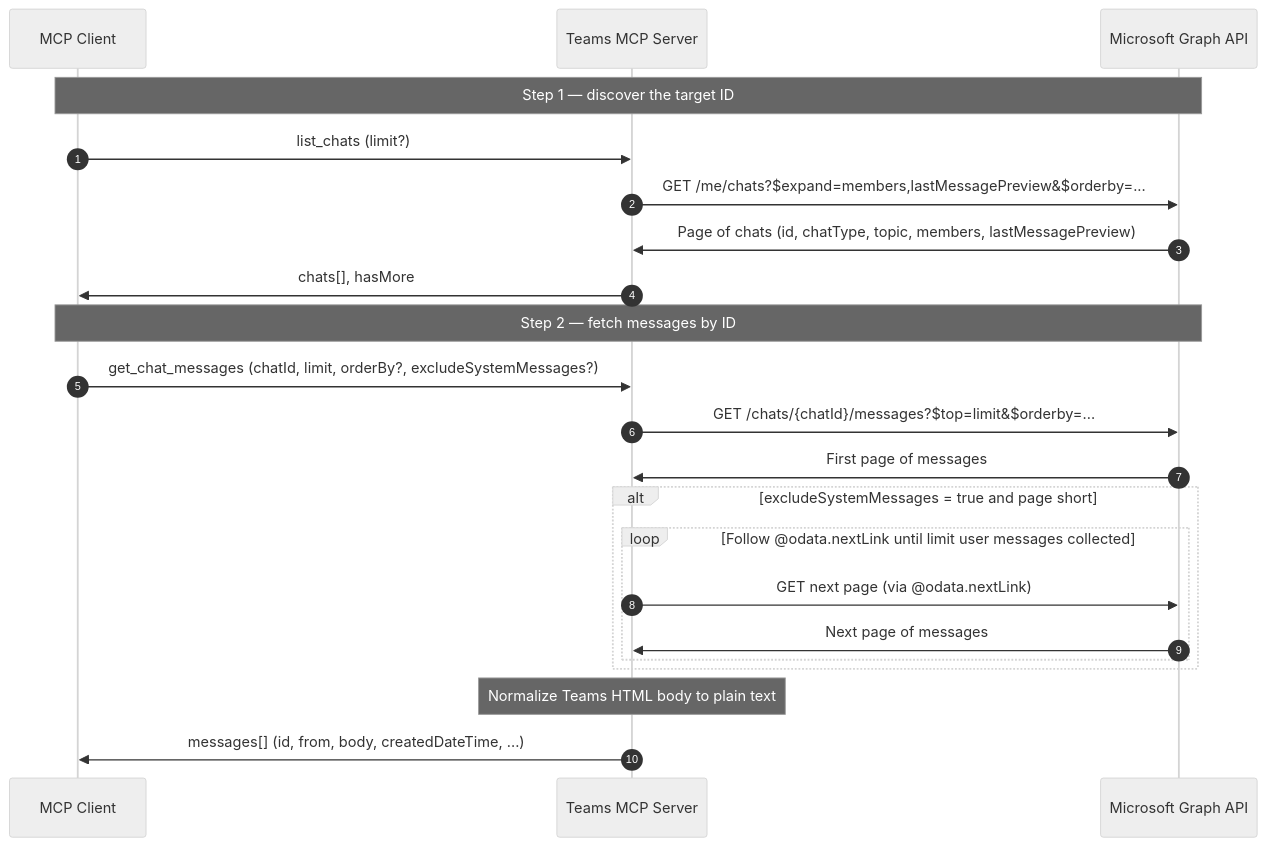
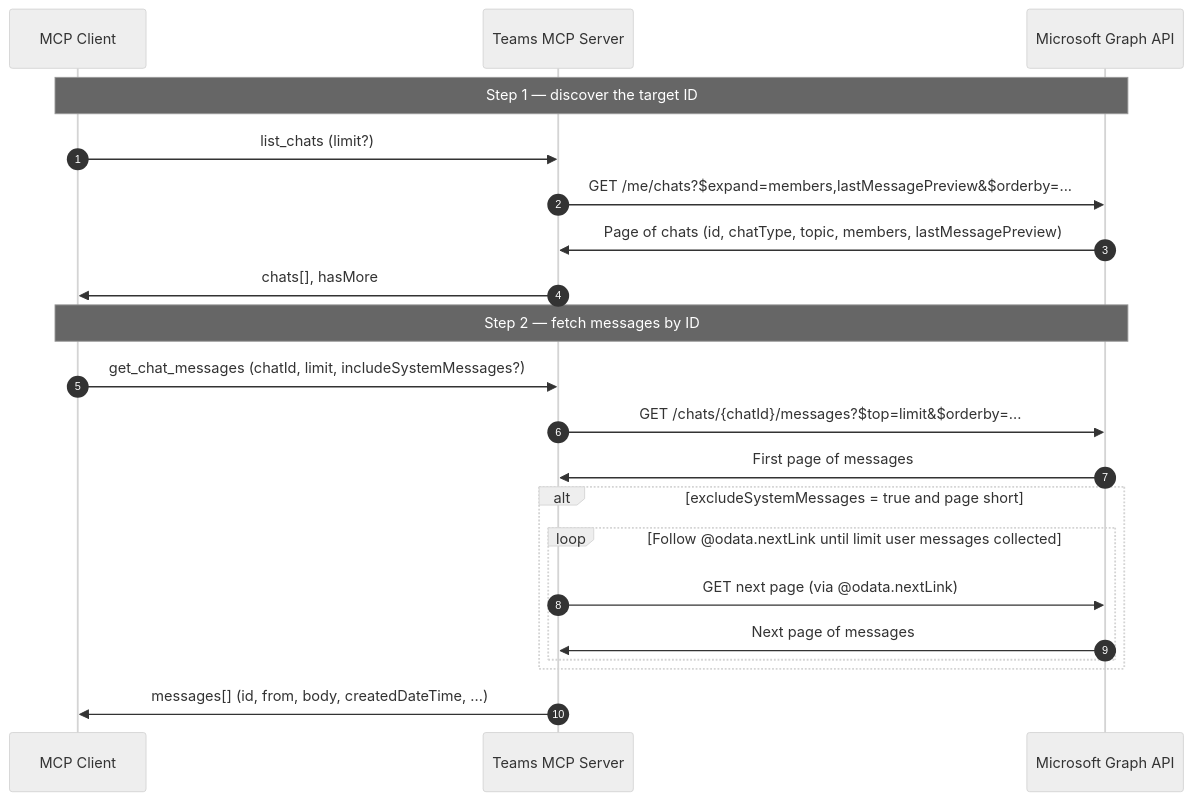
One commit to Unique-AG/connectors changed the fifth of 7 diagrams in services/teams-mcp/docs/technical/flows.md. Above: the diagram before and after it, drawn with Mermaid. The commit also changed other lines of this file and 22 other files, not shown here.

First line of the commit message:
fix(teams-mcp): read search hits as the Exchange projection they are, and return bodies raw

````diff
--- a/services/teams-mcp/docs/technical/flows.md
+++ b/services/teams-mcp/docs/technical/flows.md
@@ -155,31 +155,30 @@
 ```mermaid
 %%{init: {'theme': 'neutral', 'themeVariables': { 'fontSize': '14px' }}}%%
 sequenceDiagram
     autonumber
     participant MCPClient as MCP Client
     participant TeamsMCP as Teams MCP Server
     participant MSGraph as Microsoft Graph API
 
     Note over MCPClient,MSGraph: Step 1 — discover the target ID
 
     MCPClient->>TeamsMCP: list_chats (limit?)
     TeamsMCP->>MSGraph: GET /me/chats?$expand=members,lastMessagePreview&$orderby=...
     MSGraph->>TeamsMCP: Page of chats (id, chatType, topic, members, lastMessagePreview)
     TeamsMCP->>MCPClient: chats[], hasMore
 
     Note over MCPClient,MSGraph: Step 2 — fetch messages by ID
 
-    MCPClient->>TeamsMCP: get_chat_messages (chatId, limit, orderBy?, excludeSystemMessages?)
+    MCPClient->>TeamsMCP: get_chat_messages (chatId, limit, includeSystemMessages?)
     TeamsMCP->>MSGraph: GET /chats/{chatId}/messages?$top=limit&$orderby=...
     MSGraph->>TeamsMCP: First page of messages
 
     alt excludeSystemMessages = true and page short
         loop Follow @odata.nextLink until limit user messages collected
             TeamsMCP->>MSGraph: GET next page (via @odata.nextLink)
             MSGraph->>TeamsMCP: Next page of messages
         end
     end
 
-    Note over TeamsMCP: Normalize Teams HTML body to plain text
     TeamsMCP->>MCPClient: messages[] (id, from, body, createdDateTime, ...)
 ```
````
